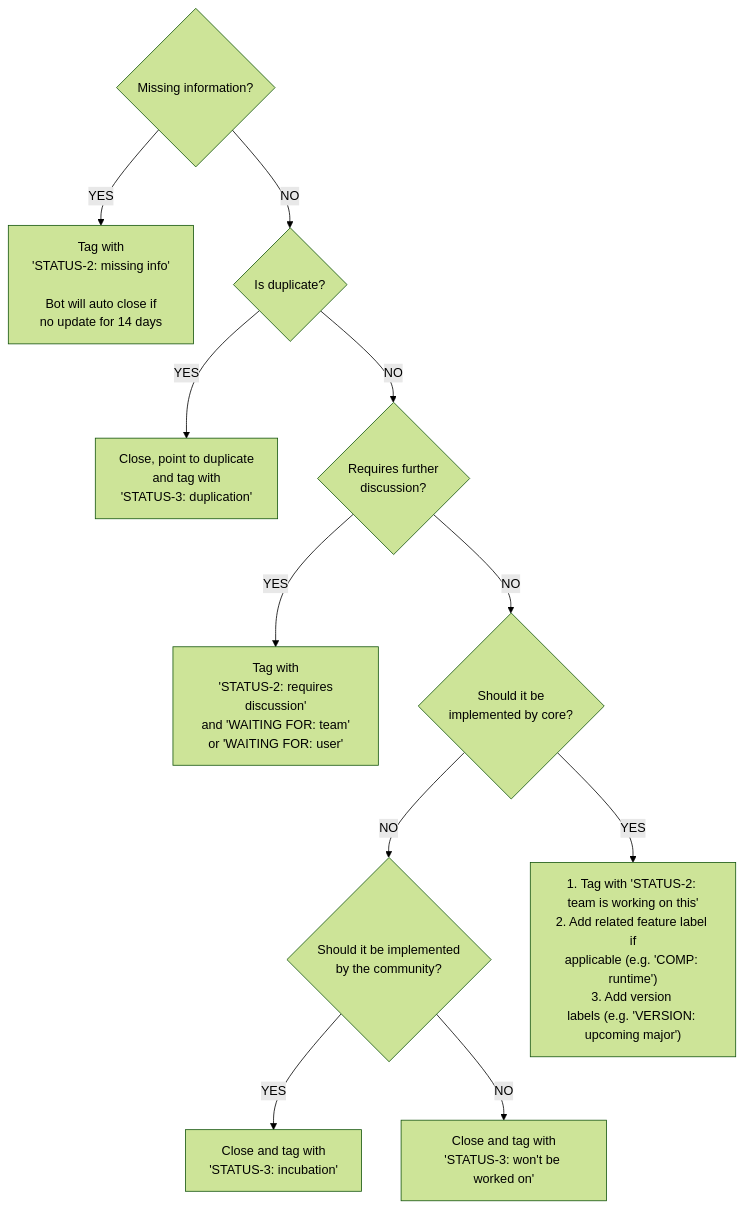
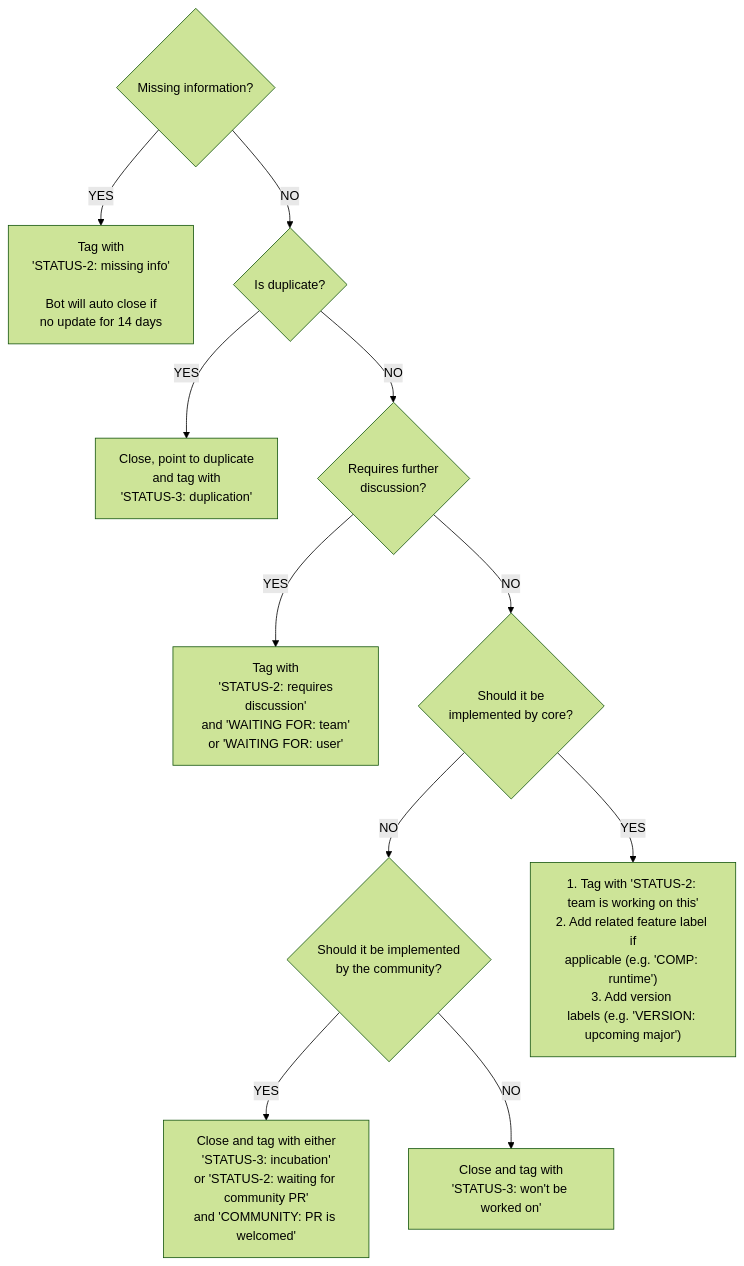
The second of 2 diagrams in contributing/TRIAGE.md (QwikDev/qwik), drawn with Mermaid (forest theme) before and after one commit.

````diff
--- a/contributing/TRIAGE.md
+++ b/contributing/TRIAGE.md
@@ -67,14 +67,14 @@
 ```mermaid
 flowchart TD
     start{Missing information?}
     start --YES--> close1[Tag with\n'STATUS-2: missing info'\n\nBot will auto close if\n no update for 14 days]
     start --NO--> dupe{Is duplicate?}
     dupe --YES--> close2[Close, point to duplicate\n and tag with\n'STATUS-3: duplication']
     dupe --NO--> discussion{Requires further\ndiscussion?}
     discussion --YES--> close3[Tag with\n 'STATUS-2: requires discussion'\nand 'WAITING FOR: team'\nor 'WAITING FOR: user']
     discussion --NO--> implement{Should it be\nimplemented by core?}
     implement --NO--> community{Should it be implemented\nby the community?}
-    community --YES--> incubate[Close and tag with\n'STATUS-3: incubation']
+    community --YES--> incubate[Close and tag with either\n'STATUS-3: incubation'\nor 'STATUS-2: waiting for community PR'\nand 'COMMUNITY: PR is welcomed']
     community --NO--> wontfix[Close and tag with\n'STATUS-3: won't be worked on']
     implement --YES--> doimplement["1. Tag with 'STATUS-2: team is working on this'\n2. Add related feature label if\napplicable (e.g. 'COMP: runtime')\n3. Add version \nlabels (e.g. 'VERSION: upcoming major')"]
 ```
````
